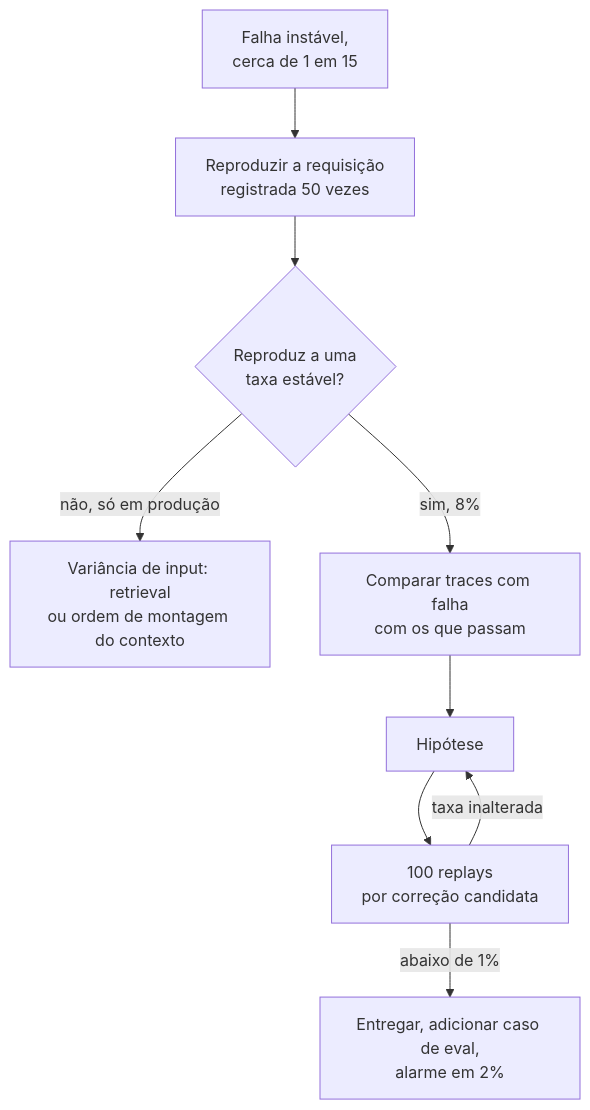
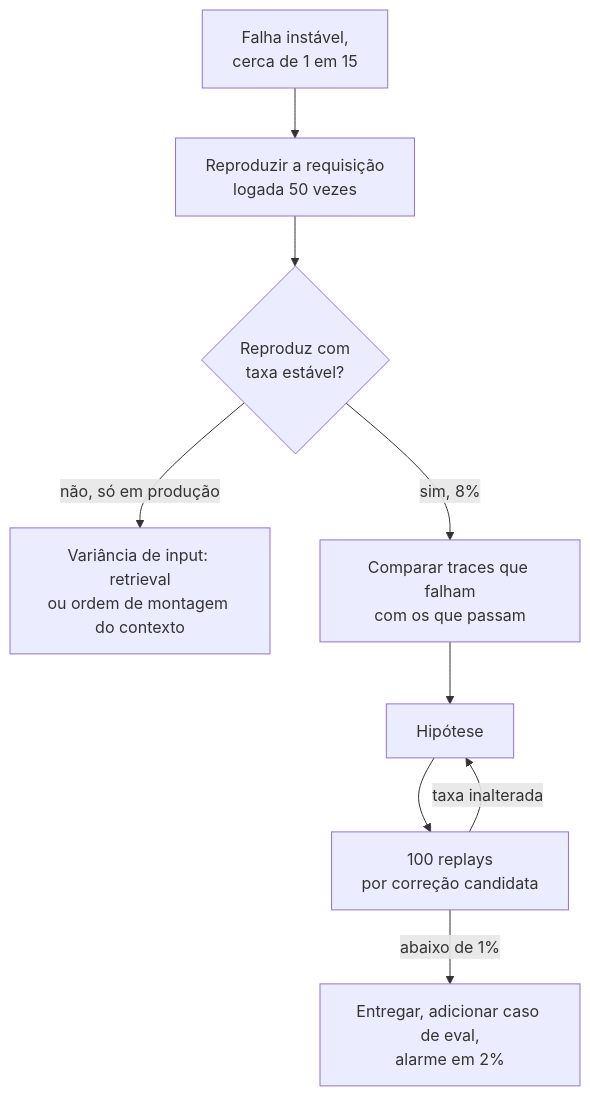
Before and after one commit to andrevberaldo/AI-Engineer-Interview-Questions: the third of 13 diagrams in 13-interview-process-and-behavioral/questions.pt-BR.md, drawn with Mermaid. The commit also changed other lines of this file and 1 other file, not shown here.

````diff
--- a/13-interview-process-and-behavioral/questions.pt-BR.md
+++ b/13-interview-process-and-behavioral/questions.pt-BR.md
@@ -296,11 +296,11 @@
 ```mermaid
 flowchart TD
-    A["Falha instável,<br/>cerca de 1 em 15"] --> B["Reproduzir a requisição<br/>registrada 50 vezes"]
-    B --> C{"Reproduz a uma<br/>taxa estável?"}
+    A["Falha instável,<br/>cerca de 1 em 15"] --> B["Reproduzir a requisição<br/>logada 50 vezes"]
+    B --> C{"Reproduz com<br/>taxa estável?"}
     C -->|"não, só em produção"| D["Variância de input: retrieval<br/>ou ordem de montagem do contexto"]
-    C -->|"sim, 8%"| E["Comparar traces com falha<br/>com os que passam"]
+    C -->|"sim, 8%"| E["Comparar traces que falham<br/>com os que passam"]
     E --> F["Hipótese"]
     F --> G["100 replays<br/>por correção candidata"]
     G -->|"taxa inalterada"| F
     G -->|"abaixo de 1%"| H["Entregar, adicionar caso de eval,<br/>alarme em 2%"]
 ```
````
